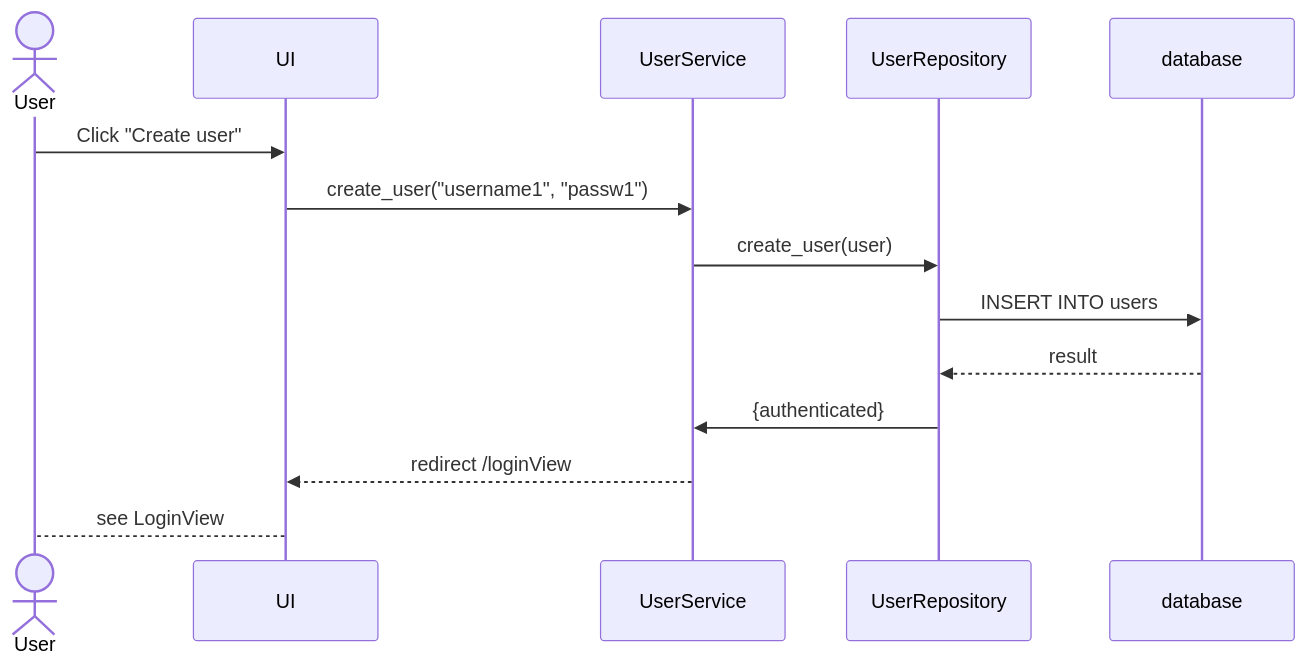
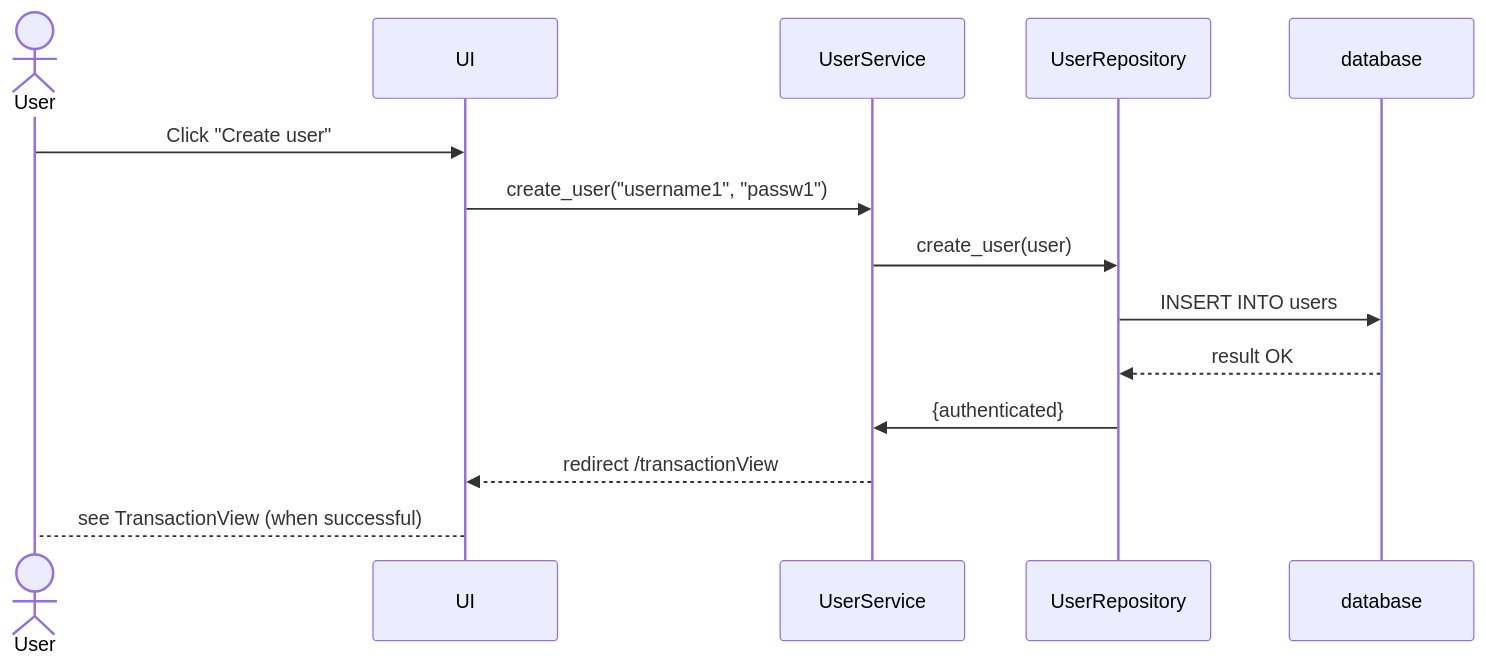
Before and after one commit to lkauria/ot-harjoitustyo: the second of 4 diagrams in documentation/arkkitehtuuri.md, drawn with Mermaid. The commit also changed other lines of this file, not shown here.

````diff
--- a/documentation/arkkitehtuuri.md
+++ b/documentation/arkkitehtuuri.md
@@ -46,16 +46,16 @@
 ```mermaid
 sequenceDiagram
     actor User
     participant UI
     participant UserService
     participant UserRepository
     participant database
     User->>UI: Click "Create user"
     UI->>UserService: create_user("username1", "passw1")
     UserService->>UserRepository: create_user(user)
     UserRepository->>database: INSERT INTO users
-    database-->>UserRepository: result
+    database-->>UserRepository: result OK
     UserRepository->>UserService: {authenticated}
-    UserService-->>UI: redirect /loginView
-    UI-->User: see LoginView 
+    UserService-->>UI: redirect /transactionView
+    UI-->User: see TransactionView (when successful)
 ```
````
